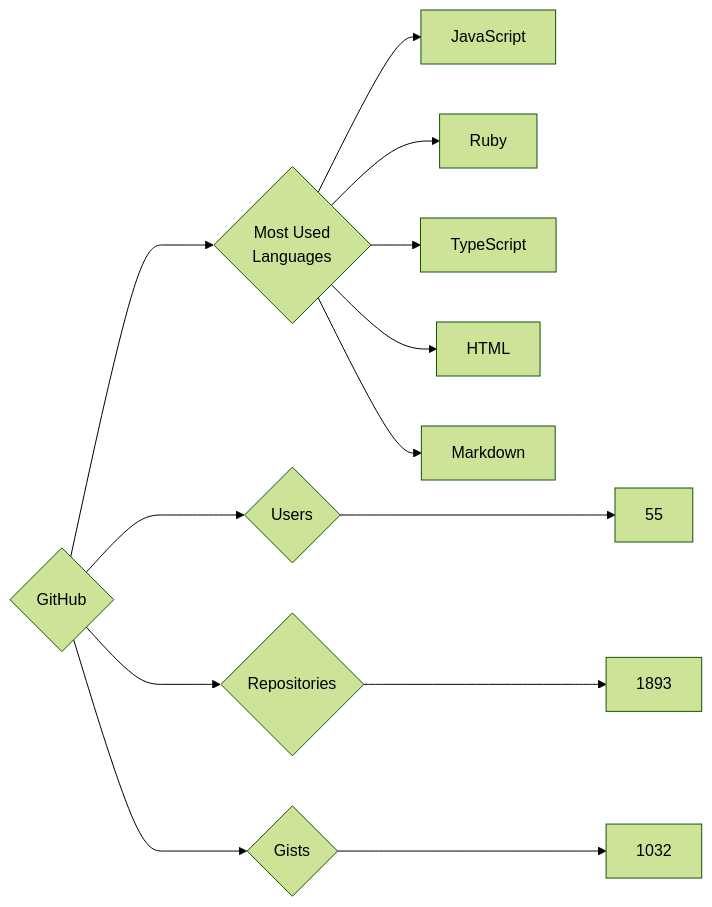
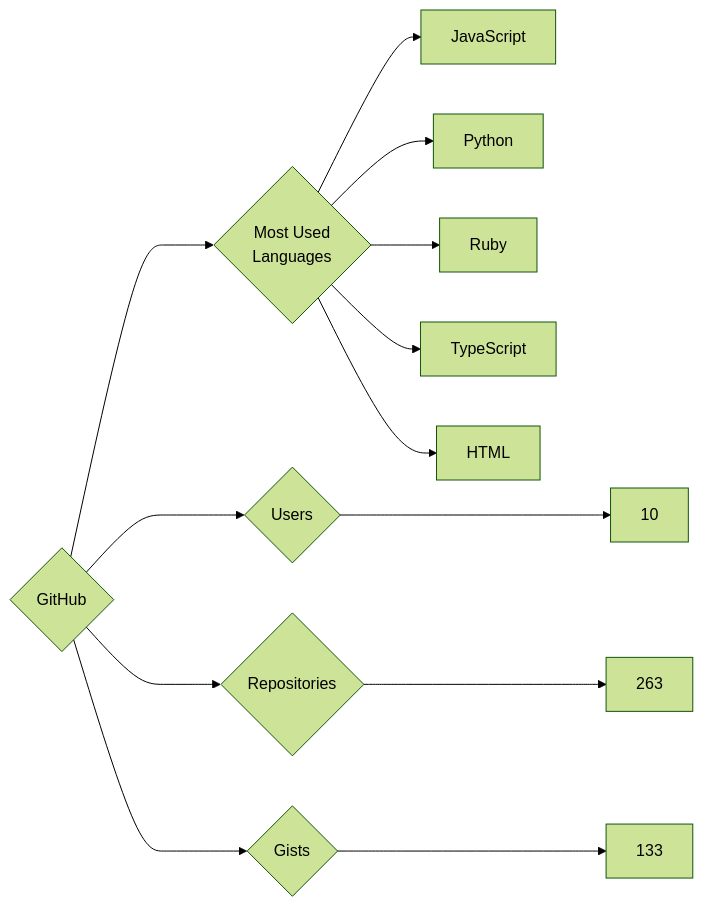
One commit to trickest/insiders changed the diagram in targets/GitHub/README.md. Above: the diagram before and after it, drawn with Mermaid (forest theme). The commit also changed 891 other files, not shown here.

````diff
--- a/targets/GitHub/README.md
+++ b/targets/GitHub/README.md
@@ -3,13 +3,13 @@
 ```mermaid
 graph LR
 COMPANY_NAME{GitHub}
-COMPANY_NAME ---> U{Users} ---> UN[55]
-COMPANY_NAME ---> R{Repositories} ---> RN[1893]
-COMPANY_NAME ---> G{Gists} ---> GN[1032]
+COMPANY_NAME ---> U{Users} ---> UN[10]
+COMPANY_NAME ---> R{Repositories} ---> RN[263]
+COMPANY_NAME ---> G{Gists} ---> GN[133]
 COMPANY_NAME ---> ML{Most Used<br>Languages}
 ML --> JavaScript[JavaScript]
+ML --> Python[Python]
 ML --> Ruby[Ruby]
 ML --> TypeScript[TypeScript]
 ML --> HTML[HTML]
-ML --> Markdown[Markdown]
 ```
````
